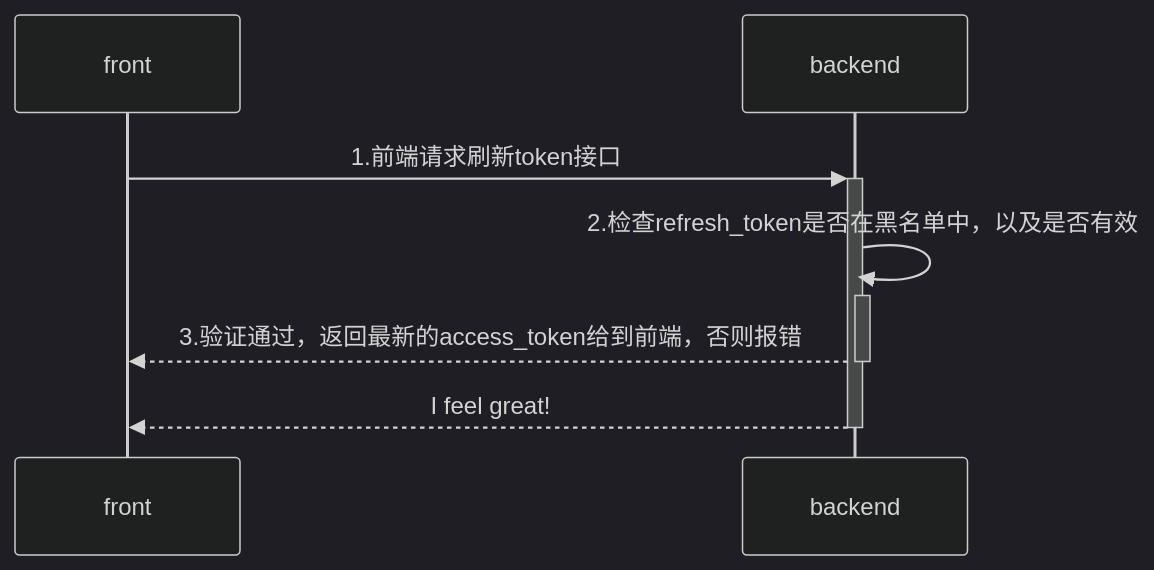
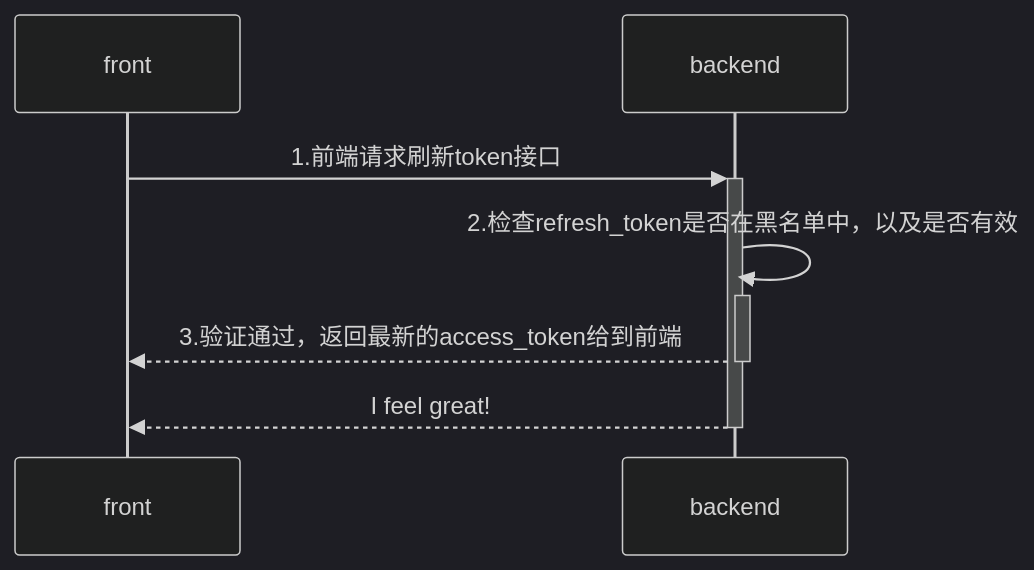
One commit to yingjianzh/iodraw-files changed the diagram in all/未命名-4.md. Above: the diagram before and after it, drawn with Mermaid (dark theme).

Commit message:
2024-08-02 17:50:56 update

````diff
--- a/all/未命名-4.md
+++ b/all/未命名-4.md
@@ -1,8 +1,8 @@
 ```mermaid
 sequenceDiagram
     front->>+backend: 1.前端请求刷新token接口
     backend->>+backend: 2.检查refresh_token是否在黑名单中，以及是否有效
-    backend-->>-front: 3.验证通过，返回最新的access_token给到前端，否则报错
+    backend-->>-front: 3.验证通过，返回最新的access_token给到前端
     backend-->>-front: I feel great!
             
 ```
````
